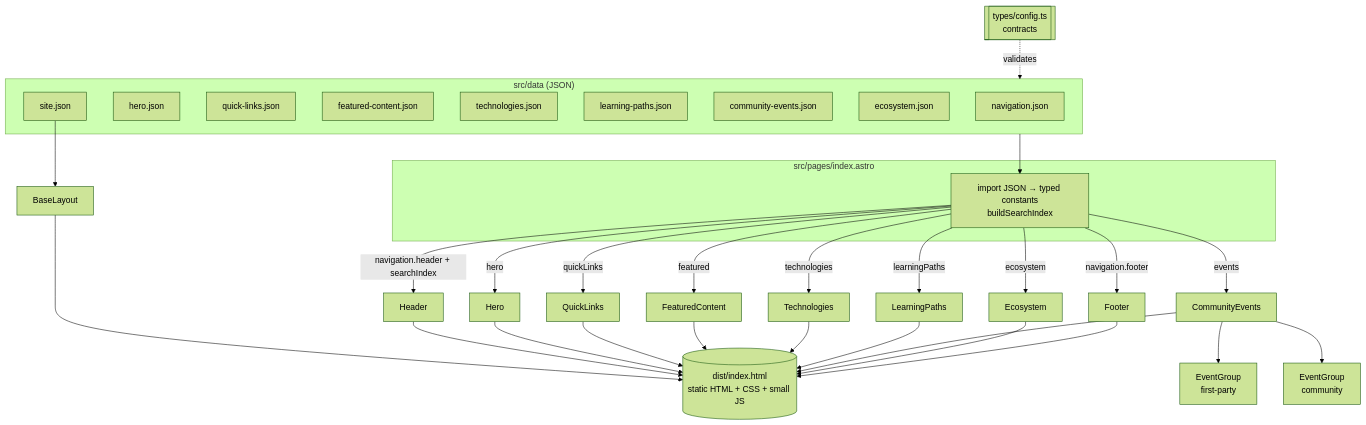
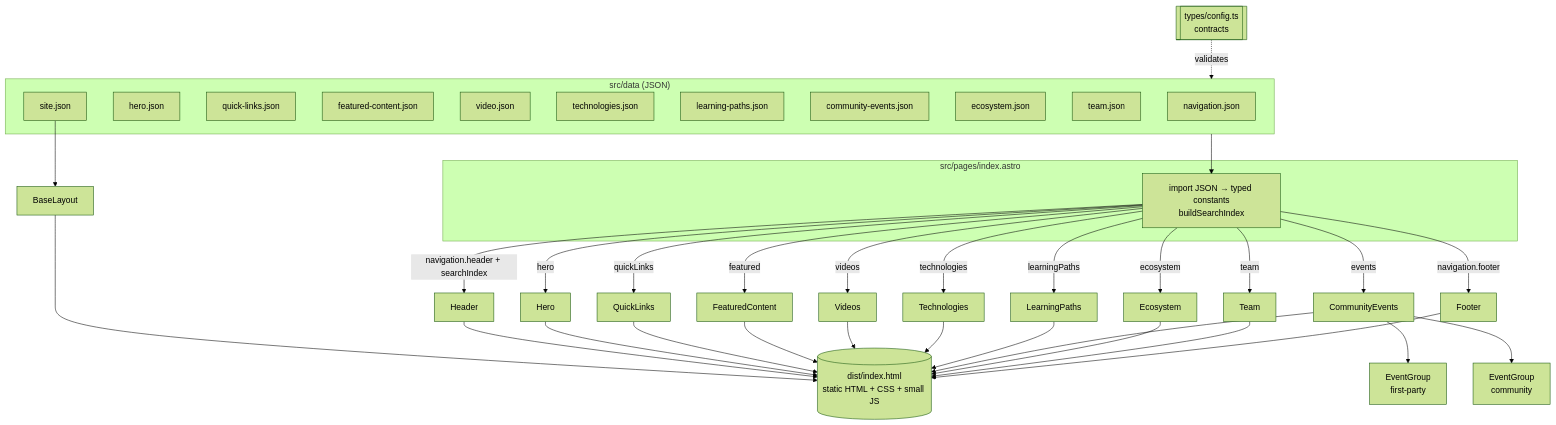
Before and after one commit to microsoft/copilot-extensibility: the diagram in docs/ARCHITECTURE.md, drawn with Mermaid (forest theme). The commit also changed other lines of this file and 21 other files, not shown here.

Commit message:
Added team and videos sections

````diff
--- a/docs/ARCHITECTURE.md
+++ b/docs/ARCHITECTURE.md
@@ -86,39 +91,43 @@
 ```mermaid
 flowchart TB
     subgraph data["src/data (JSON)"]
         NAV[navigation.json]
         HERO[hero.json]
         QL[quick-links.json]
         FC[featured-content.json]
+        VID[video.json]
         TECH[technologies.json]
         LP[learning-paths.json]
         CE[community-events.json]
         ECO[ecosystem.json]
+        TEAM[team.json]
         SITE[site.json]
     end
 
     TYPES[[types/config.ts<br/>contracts]] -. validates .-> data
 
     subgraph page["src/pages/index.astro"]
         IDX[import JSON → typed constants<br/>buildSearchIndex]
     end
 
     data --> IDX
     SITE --> LAYOUT[BaseLayout]
 
     IDX -- "navigation.header + searchIndex" --> H[Header]
     IDX -- hero --> HE[Hero]
     IDX -- quickLinks --> Q[QuickLinks]
     IDX -- featured --> F[FeaturedContent]
+    IDX -- videos --> V[Videos]
     IDX -- technologies --> T[Technologies]
     IDX -- learningPaths --> L[LearningPaths]
     IDX -- events --> C[CommunityEvents]
     IDX -- ecosystem --> E[Ecosystem]
+    IDX -- team --> TM[Team]
     IDX -- navigation.footer --> FO[Footer]
 
     C --> EG1[EventGroup<br/>first-party]
     C --> EG2[EventGroup<br/>community]
 
     LAYOUT --> HTML[(dist/index.html<br/>static HTML + CSS + small JS)]
-    H & HE & Q & F & T & L & C & E & FO --> HTML
+    H & HE & Q & F & V & T & L & C & E & TM & FO --> HTML
 ```
````
